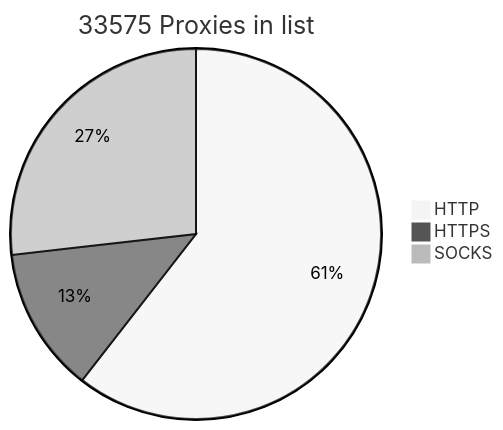
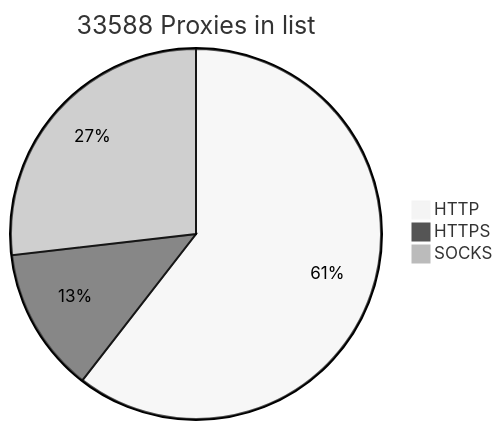
One commit to BlackSnowDot/proxylist-update-every-minute changed the diagram in README.md. Above: the diagram before and after it, drawn with Mermaid (neutral theme).

````diff
--- a/README.md
+++ b/README.md
@@ -2,6 +2,6 @@
 ```mermaid
-pie title 33575 Proxies in list
+pie title 33588 Proxies in list
     "HTTP" : 22511
     "HTTPS": 4713
-    "SOCKS" : 9969
+    "SOCKS" : 9982
 ```
````
